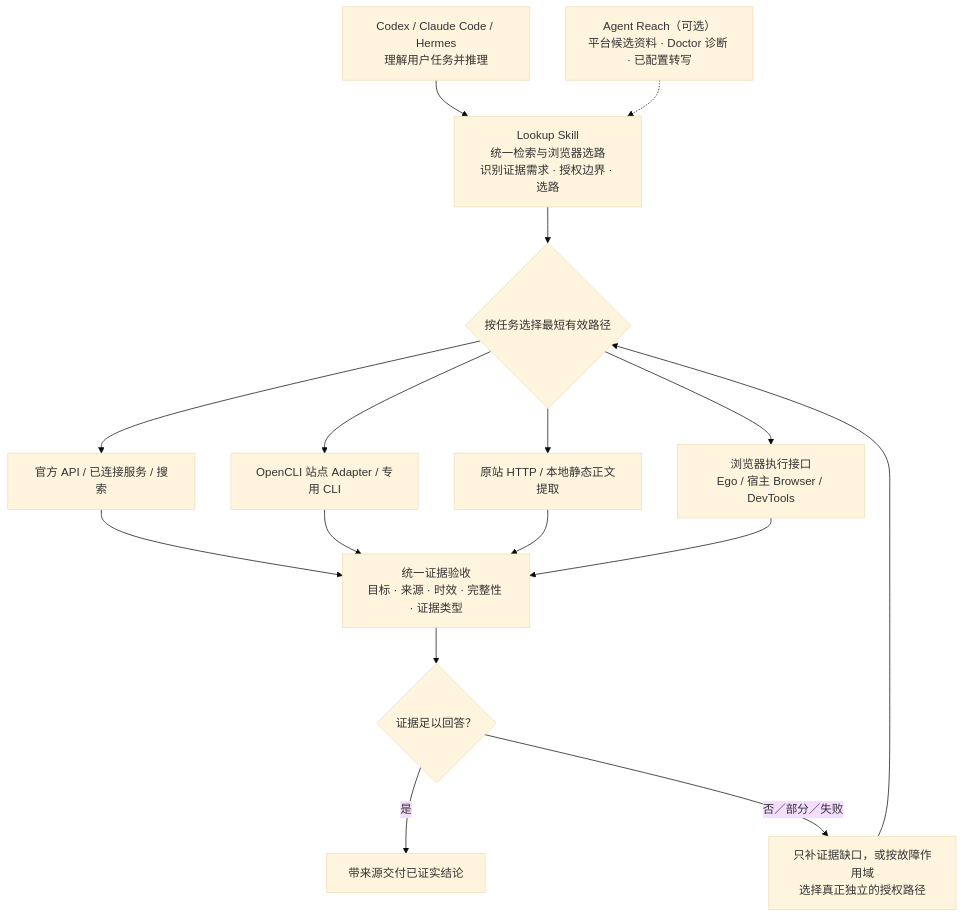
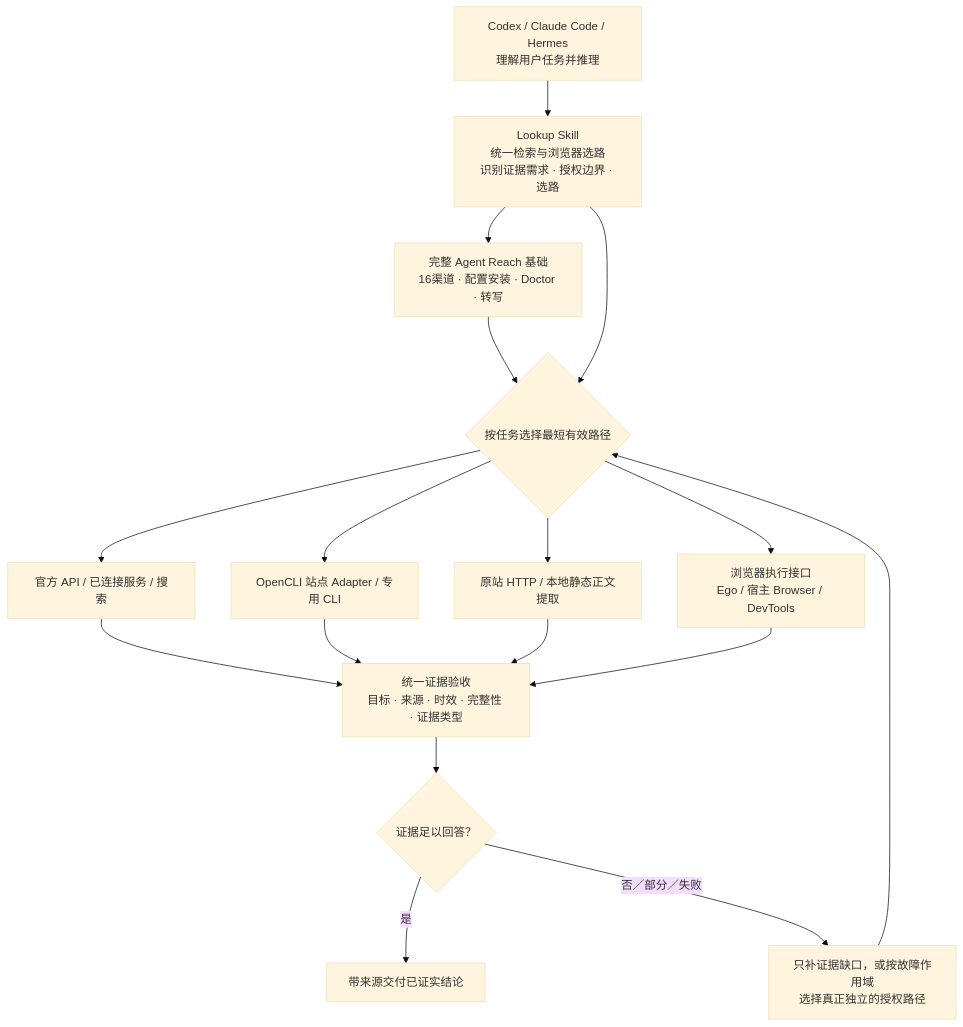
The diagram in lookup/README.md (ldl8818/skills), drawn with Mermaid (base theme) before and after one commit. The commit also changed other lines of this file and 42 other files, not shown here.

Commit message:
feat: 融合 Agent Reach 与 OpenCLI 完整能力并统一 Lookup 入口

````diff
--- a/lookup/README.md
+++ b/lookup/README.md
@@ -56,31 +58,32 @@
 ```mermaid
 flowchart TB
     agent["Codex / Claude Code / Hermes<br/>理解用户任务并推理"]
     lookup["Lookup Skill<br/>统一检索与浏览器选路<br/>识别证据需求 · 授权边界 · 选路"]
-    reach["Agent Reach（可选）<br/>平台候选资料 · Doctor 诊断 · 已配置转写"]
+    reach["完整 Agent Reach 基础<br/>16渠道 · 配置安装 · Doctor · 转写"]
     choose{"按任务选择最短有效路径"}
     official["官方 API / 已连接服务 / 搜索"]
     adapters["OpenCLI 站点 Adapter / 专用 CLI"]
     static["原站 HTTP / 本地静态正文提取"]
     browser["浏览器执行接口<br/>Ego / 宿主 Browser / DevTools"]
     evidence["统一证据验收<br/>目标 · 来源 · 时效 · 完整性 · 证据类型"]
     enough{"证据足以回答？"}
     done["带来源交付已证实结论"]
     recover["只补证据缺口，或按故障作用域<br/>选择真正独立的授权路径"]
 
     agent --> lookup
-    reach -.-> lookup
+    lookup --> reach
+    reach --> choose
     lookup --> choose
     choose --> official
     choose --> adapters
     choose --> static
     choose --> browser
     official --> evidence
     adapters --> evidence
     static --> evidence
     browser --> evidence
     evidence --> enough
     enough -->|是| done
     enough -->|否／部分／失败| recover
     recover --> choose
 ```
````
